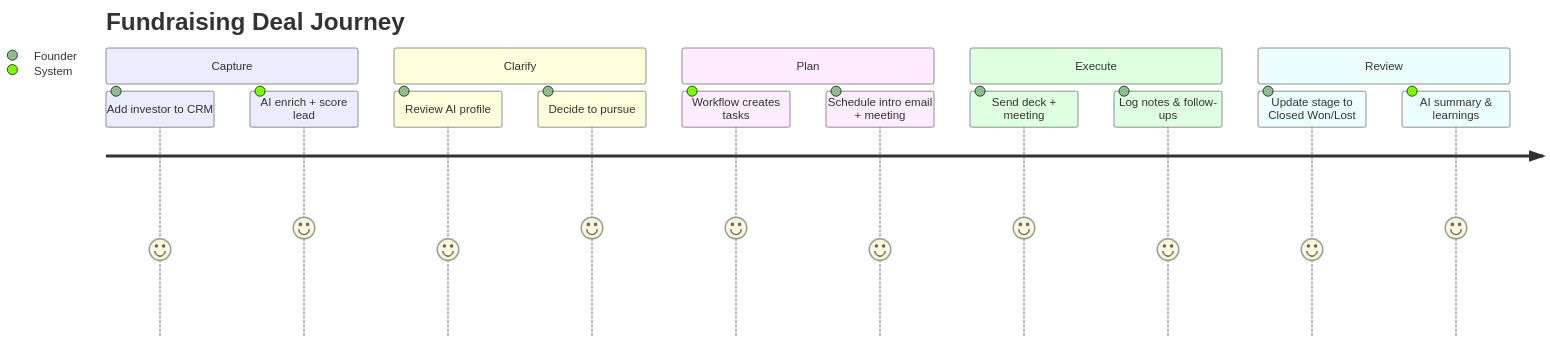
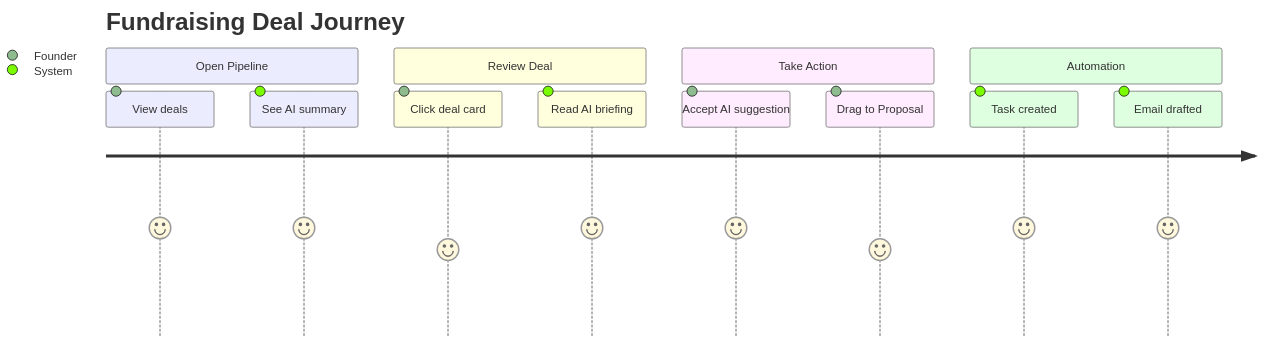
The first of 7 diagrams in plan/todo/04-crm-system.md (amo-tech-ai/sun100), drawn with Mermaid before and after one commit. The commit also changed other lines of this file, not shown here.

First line of the commit message:
docs: Update Visual CRM PRD with Lean Canvas structure

````diff
--- a/plan/todo/04-crm-system.md
+++ b/plan/todo/04-crm-system.md
@@ -189,19 +226,16 @@
 ```mermaid
 journey
-  title Fundraising Deal Journey
-  section Capture
-    Add investor to CRM: 4: Founder
-    AI enrich + score lead: 5: System
-  section Clarify
-    Review AI profile: 4: Founder
-    Decide to pursue: 5: Founder
-  section Plan
-    Workflow creates tasks: 5: System
-    Schedule intro email + meeting: 4: Founder
-  section Execute
-    Send deck + meeting: 5: Founder
-    Log notes & follow-ups: 4: Founder
-  section Review
-    Update stage to Closed Won/Lost: 4: Founder
-    AI summary & learnings: 5: System
+    title Fundraising Deal Journey
+    section Open Pipeline
+        View deals: 5: Founder
+        See AI summary: 5: System
+    section Review Deal
+        Click deal card: 4: Founder
+        Read AI briefing: 5: System
+    section Take Action
+        Accept AI suggestion: 5: Founder
+        Drag to Proposal: 4: Founder
+    section Automation
+        Task created: 5: System
+        Email drafted: 5: System
 ```
````
